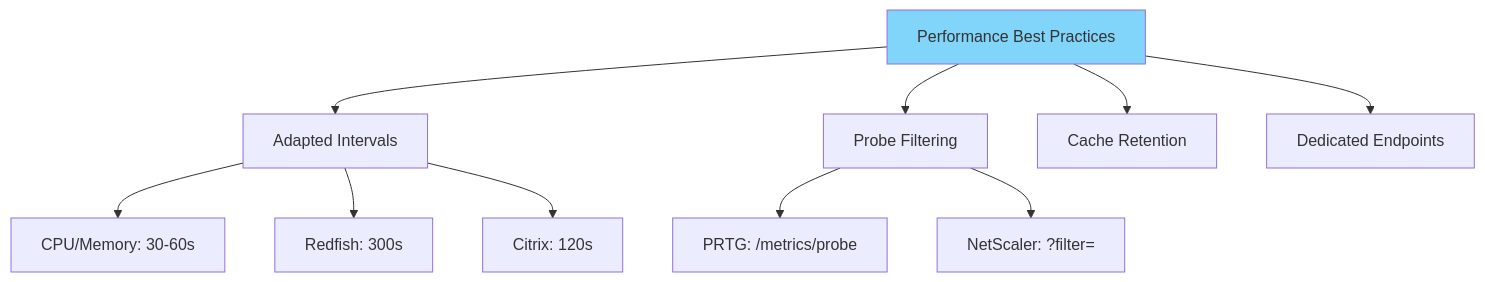
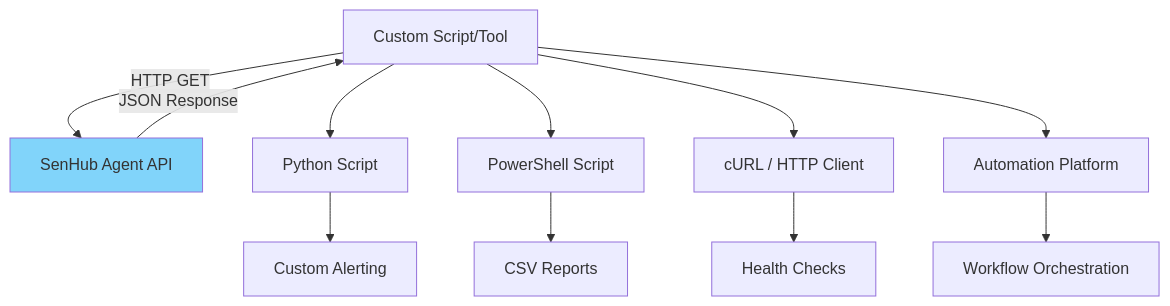
Before and after one commit to senhub-io/senhub-agent: the fifth of 7 diagrams in docs/user-guide/METRICS-USAGE.md, drawn with Mermaid. The commit also changed other lines of this file and 7 other files, not shown here.

````diff
--- a/docs/user-guide/METRICS-USAGE.md
+++ b/docs/user-guide/METRICS-USAGE.md
@@ -969,16 +1216,17 @@
 ```mermaid
 graph TD
-    PERF[Performance Best Practices] --> P1[Adapted Intervals]
-    PERF --> P2[Probe Filtering]
-    PERF --> P3[Cache Retention]
-    PERF --> P4[Dedicated Endpoints]
+    CLIENT[Custom Script/Tool] -->|HTTP GET| AGENT[SenHub Agent API]
+    AGENT -->|JSON Response| CLIENT
 
-    P1 --> P1A[CPU/Memory: 30-60s]
-    P1 --> P1B[Redfish: 300s]
-    P1 --> P1C[Citrix: 120s]
+    CLIENT --> PYTHON[Python Script]
+    CLIENT --> POWERSHELL[PowerShell Script]
+    CLIENT --> CURL[cURL / HTTP Client]
+    CLIENT --> AUTOMATION[Automation Platform]
 
-    P2 --> P2A[PRTG: /metrics/probe]
-    P2 --> P2B[NetScaler: ?filter=]
+    PYTHON --> ALERTING[Custom Alerting]
+    POWERSHELL --> REPORTING[CSV Reports]
+    CURL --> HEALTHCHECK[Health Checks]
+    AUTOMATION --> ORCHESTRATION[Workflow Orchestration]
 
-    style PERF fill:#81d4fa
+    style AGENT fill:#81d4fa
 ```
````
